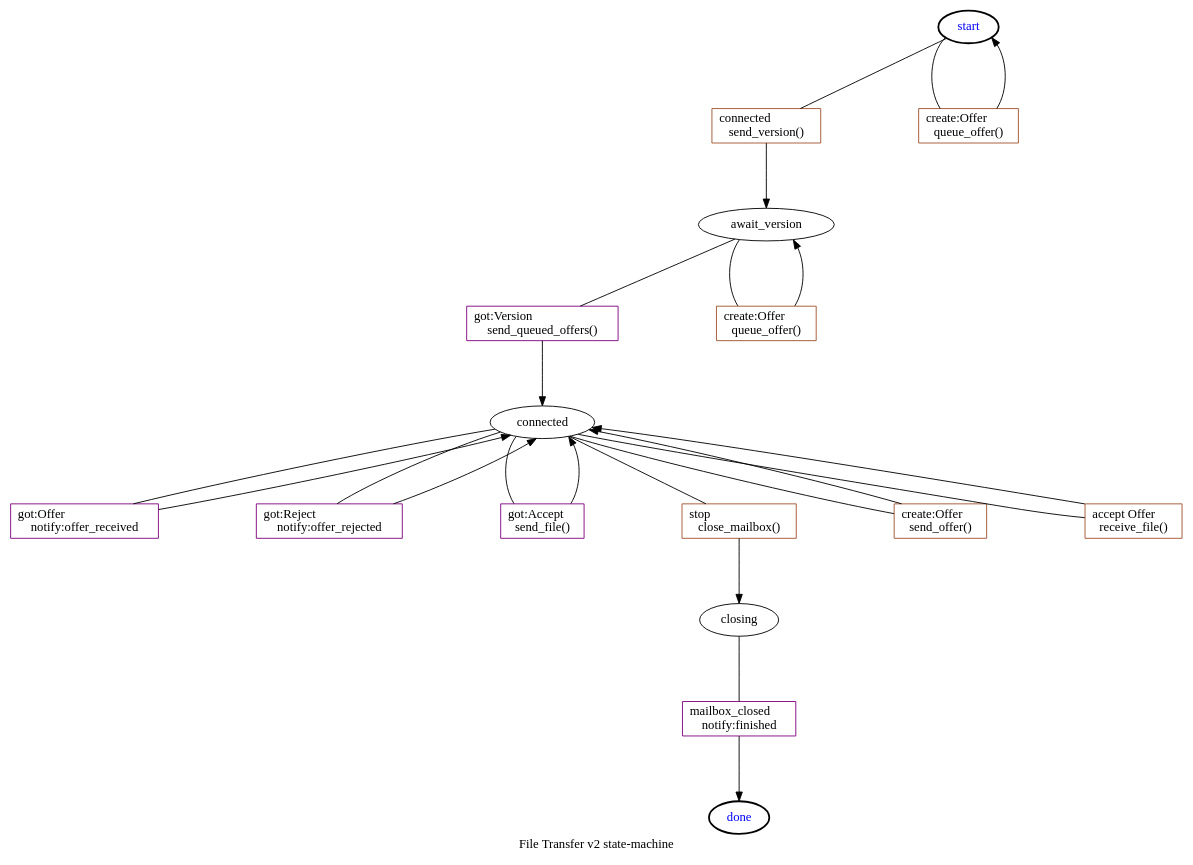
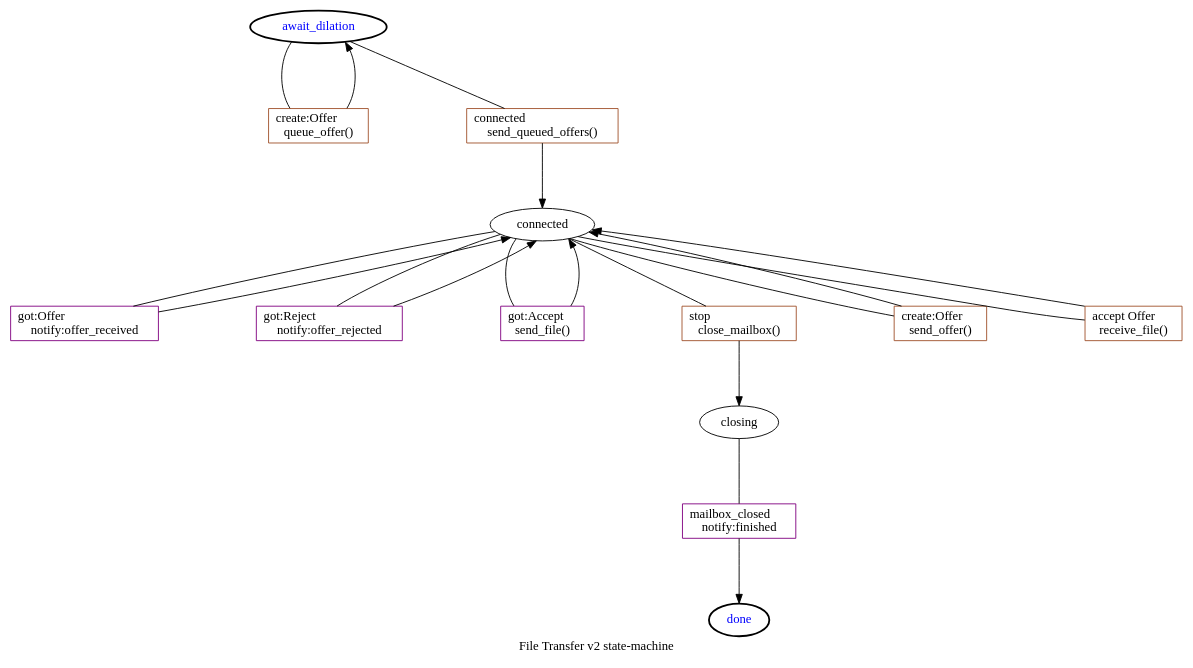
Before and after one commit to magic-wormhole/magic-wormhole-protocols: the diagram in file-transfer-v2.dot, drawn with Graphviz. The commit also changed 1 other file, not shown here.

Commit message:
more version work

```diff
--- a/file-transfer-v2.dot
+++ b/file-transfer-v2.dot
@@ -1,102 +1,92 @@
 digraph {
         label="File Transfer v2 state-machine";
         labelfontsize=40;
         labelfontname="Source Code Pro";
         pack=true;
         rankdir="TB";
         ranksep="1.0 equally";
         nodesep=1.5;
 /*graph [nodesep=1.5];*/
 node[];
 edge [labelfloat=true,labelfontsize=16,];
 
-        start [style=bold,fontcolor=blue];
+        await_dilation [style=bold,fontcolor=blue];
+
+        // user creates an Offer (before connection has completed)
+        await_dilation -> create_offer0[arrowhead=none];
+        create_offer0 -> await_dilation;
+        create_offer0[shape=box,color=sienna,label="create:Offer\lqueue_offer()"];
 
         // the Dilation connection becomes available
-        start -> got_connect[arrowhead=none];
-        got_connect -> await_version;
-        got_connect[shape=box,color=sienna,label="connected\lsend_version()"]
-
-        // user creates an Offer
-        start -> create_offer0[arrowhead=none];
-        create_offer0 -> start;
-        create_offer0[shape=box,color=sienna,label="create:Offer\lqueue_offer()"];
-
-        // the other side sends us a Version message
-        await_version -> got_version[arrowhead=none];
-        got_version -> connected;
-        got_version[shape=box,color=purple,label="got:Version\lsend_queued_offers()"];
-
-        // user creates an Offer
-        await_version -> create_offer1[arrowhead=none];
-        create_offer1 -> await_version;
-        create_offer1[shape=box,color=sienna,label="create:Offer\lqueue_offer()"];
+        await_dilation -> got_connect[arrowhead=none];
+        got_connect -> connected;
+        got_connect[shape=box,color=sienna,label="connected\lsend_queued_offers()"]
 
         // other side sends offer, we notify our human
         connected -> got_offer[arrowhead=none];
         got_offer -> connected;
         got_offer[shape=box,color=purple,label="got:Offer\lnotify:offer_received"];
 
         // other side rejects our offer, notify human
         connected -> reject_offer[arrowhead=none];
         reject_offer -> connected;
         reject_offer[shape=box,color=purple,label="got:Reject\lnotify:offer_rejected"];
 
         // other side accepts our offer, send file
         connected -> got_accept[arrowhead=none];
         got_accept -> connected;
         got_accept[shape=box,color=purple,label="got:Accept\lsend_file()"];
 
         // human tells us to stop, shut down
         connected -> send_stop[arrowhead=none];
         send_stop -> closing;
         send_stop[shape=box,color=sienna,label="stop\lclose_mailbox()"];
 
-        // user creates an Offer
+        // user creates an Offer (while connected)
         connected -> create_offer2[arrowhead=none];
         create_offer2 -> connected;
         create_offer2[shape=box,color=sienna,label="create:Offer\lsend_offer()"];
 
         // our human accepts an offer, download the file
         connected -> accept_offer[arrowhead=none];
         accept_offer -> connected;
         accept_offer[shape=box,color=sienna,label="accept Offer\lreceive_file()"];
 
         // mailbox confirms close
         closing -> await_close[arrowhead=none];
         await_close -> done;
         await_close[shape=box,color=purple,label="mailbox_closed\lnotify:finished"];
 
         done [style=bold,fontcolor=blue];
 
 
         // bunch of error cases .. technically there's probably a few
         // more (like if we receive anything at all in "closing" or
         // "closing_error")
         //
         // uncomment to .. clutter the diagram
 
         /*
 
         // get Offer before Version
         await_version -> offer_err0[arrowhead=none,color=red];
         offer_err0 -> closing_error[color=red];
         offer_err0[shape=box,color=purple,label="got:Offer\lclose_mailbox()"]
 
         // get Accept before Version
         await_version -> offer_ans0[arrowhead=none,color=red];
         offer_ans0 -> closing_error[color=red];
         offer_ans0[shape=box,color=purple,label="got:Accept\lclose_mailbox()"]
 
         // get Reject before Version
         await_version -> offer_rej0[arrowhead=none,color=red];
         offer_rej0 -> closing_error[color=red];
         offer_rej0[shape=box,color=purple,label="got:Reject\lclose_mailbox()"]
 
         // closing_error worked
         closing_error -> err_close[arrowhead=none,color=red];
         err_close -> done[color=red];
         err_close[shape=box,color=purple,label="mailbox_closed\lnotify:finished_error"];
 
         */
 }
```
